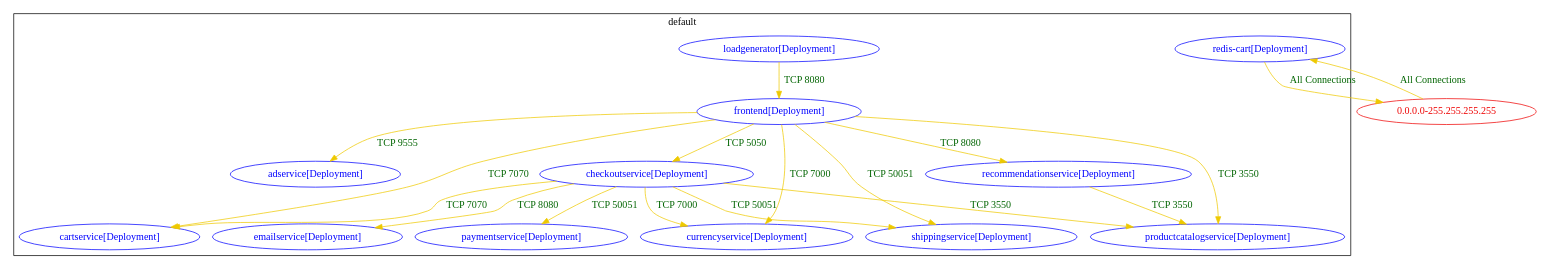
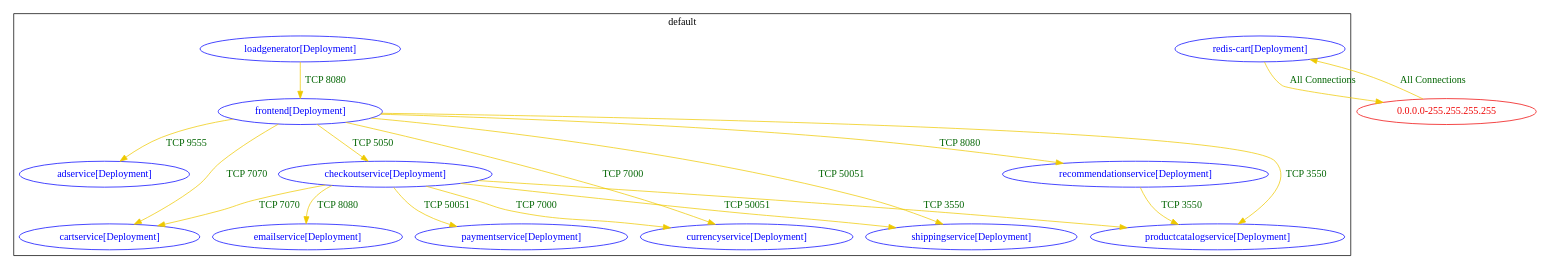
Before and after one commit to np-guard/netpol-analyzer: the diagram in test_outputs/connlist/onlineboutique_workloads_connlist_output.dot, drawn with Graphviz. The commit also changed 123 other files, not shown here.

```diff
--- a/test_outputs/connlist/onlineboutique_workloads_connlist_output.dot
+++ b/test_outputs/connlist/onlineboutique_workloads_connlist_output.dot
@@ -1,37 +1,37 @@
 digraph {
 	subgraph "cluster_default" {
 		color="black"
 		fontcolor="black"
 		"default/adservice[Deployment]" [label="adservice[Deployment]" color="blue" fontcolor="blue"]
 		"default/cartservice[Deployment]" [label="cartservice[Deployment]" color="blue" fontcolor="blue"]
 		"default/checkoutservice[Deployment]" [label="checkoutservice[Deployment]" color="blue" fontcolor="blue"]
 		"default/currencyservice[Deployment]" [label="currencyservice[Deployment]" color="blue" fontcolor="blue"]
 		"default/emailservice[Deployment]" [label="emailservice[Deployment]" color="blue" fontcolor="blue"]
 		"default/frontend[Deployment]" [label="frontend[Deployment]" color="blue" fontcolor="blue"]
 		"default/loadgenerator[Deployment]" [label="loadgenerator[Deployment]" color="blue" fontcolor="blue"]
 		"default/paymentservice[Deployment]" [label="paymentservice[Deployment]" color="blue" fontcolor="blue"]
 		"default/productcatalogservice[Deployment]" [label="productcatalogservice[Deployment]" color="blue" fontcolor="blue"]
 		"default/recommendationservice[Deployment]" [label="recommendationservice[Deployment]" color="blue" fontcolor="blue"]
 		"default/redis-cart[Deployment]" [label="redis-cart[Deployment]" color="blue" fontcolor="blue"]
 		"default/shippingservice[Deployment]" [label="shippingservice[Deployment]" color="blue" fontcolor="blue"]
 		label="default"
 	}
 	"0.0.0.0-255.255.255.255" [label="0.0.0.0-255.255.255.255" color="red2" fontcolor="red2"]
-	"0.0.0.0-255.255.255.255" -> "default/redis-cart[Deployment]" [label="All Connections" color="gold2" fontcolor="darkgreen"]
-	"default/checkoutservice[Deployment]" -> "default/cartservice[Deployment]" [label="TCP 7070" color="gold2" fontcolor="darkgreen"]
-	"default/checkoutservice[Deployment]" -> "default/currencyservice[Deployment]" [label="TCP 7000" color="gold2" fontcolor="darkgreen"]
-	"default/checkoutservice[Deployment]" -> "default/emailservice[Deployment]" [label="TCP 8080" color="gold2" fontcolor="darkgreen"]
-	"default/checkoutservice[Deployment]" -> "default/paymentservice[Deployment]" [label="TCP 50051" color="gold2" fontcolor="darkgreen"]
-	"default/checkoutservice[Deployment]" -> "default/productcatalogservice[Deployment]" [label="TCP 3550" color="gold2" fontcolor="darkgreen"]
-	"default/checkoutservice[Deployment]" -> "default/shippingservice[Deployment]" [label="TCP 50051" color="gold2" fontcolor="darkgreen"]
-	"default/frontend[Deployment]" -> "default/adservice[Deployment]" [label="TCP 9555" color="gold2" fontcolor="darkgreen"]
-	"default/frontend[Deployment]" -> "default/cartservice[Deployment]" [label="TCP 7070" color="gold2" fontcolor="darkgreen"]
-	"default/frontend[Deployment]" -> "default/checkoutservice[Deployment]" [label="TCP 5050" color="gold2" fontcolor="darkgreen"]
-	"default/frontend[Deployment]" -> "default/currencyservice[Deployment]" [label="TCP 7000" color="gold2" fontcolor="darkgreen"]
-	"default/frontend[Deployment]" -> "default/productcatalogservice[Deployment]" [label="TCP 3550" color="gold2" fontcolor="darkgreen"]
-	"default/frontend[Deployment]" -> "default/recommendationservice[Deployment]" [label="TCP 8080" color="gold2" fontcolor="darkgreen"]
-	"default/frontend[Deployment]" -> "default/shippingservice[Deployment]" [label="TCP 50051" color="gold2" fontcolor="darkgreen"]
-	"default/loadgenerator[Deployment]" -> "default/frontend[Deployment]" [label="TCP 8080" color="gold2" fontcolor="darkgreen"]
-	"default/recommendationservice[Deployment]" -> "default/productcatalogservice[Deployment]" [label="TCP 3550" color="gold2" fontcolor="darkgreen"]
-	"default/redis-cart[Deployment]" -> "0.0.0.0-255.255.255.255" [label="All Connections" color="gold2" fontcolor="darkgreen"]
+	"0.0.0.0-255.255.255.255" -> "default/redis-cart[Deployment]" [label="All Connections" color="gold2" fontcolor="darkgreen" weight=0.5]
+	"default/checkoutservice[Deployment]" -> "default/cartservice[Deployment]" [label="TCP 7070" color="gold2" fontcolor="darkgreen" weight=1]
+	"default/checkoutservice[Deployment]" -> "default/currencyservice[Deployment]" [label="TCP 7000" color="gold2" fontcolor="darkgreen" weight=0.5]
+	"default/checkoutservice[Deployment]" -> "default/emailservice[Deployment]" [label="TCP 8080" color="gold2" fontcolor="darkgreen" weight=0.5]
+	"default/checkoutservice[Deployment]" -> "default/paymentservice[Deployment]" [label="TCP 50051" color="gold2" fontcolor="darkgreen" weight=0.5]
+	"default/checkoutservice[Deployment]" -> "default/productcatalogservice[Deployment]" [label="TCP 3550" color="gold2" fontcolor="darkgreen" weight=0.5]
+	"default/checkoutservice[Deployment]" -> "default/shippingservice[Deployment]" [label="TCP 50051" color="gold2" fontcolor="darkgreen" weight=0.5]
+	"default/frontend[Deployment]" -> "default/adservice[Deployment]" [label="TCP 9555" color="gold2" fontcolor="darkgreen" weight=1]
+	"default/frontend[Deployment]" -> "default/cartservice[Deployment]" [label="TCP 7070" color="gold2" fontcolor="darkgreen" weight=1]
+	"default/frontend[Deployment]" -> "default/checkoutservice[Deployment]" [label="TCP 5050" color="gold2" fontcolor="darkgreen" weight=1]
+	"default/frontend[Deployment]" -> "default/currencyservice[Deployment]" [label="TCP 7000" color="gold2" fontcolor="darkgreen" weight=1]
+	"default/frontend[Deployment]" -> "default/productcatalogservice[Deployment]" [label="TCP 3550" color="gold2" fontcolor="darkgreen" weight=0.5]
+	"default/frontend[Deployment]" -> "default/recommendationservice[Deployment]" [label="TCP 8080" color="gold2" fontcolor="darkgreen" weight=0.5]
+	"default/frontend[Deployment]" -> "default/shippingservice[Deployment]" [label="TCP 50051" color="gold2" fontcolor="darkgreen" weight=0.5]
+	"default/loadgenerator[Deployment]" -> "default/frontend[Deployment]" [label="TCP 8080" color="gold2" fontcolor="darkgreen" weight=1]
+	"default/recommendationservice[Deployment]" -> "default/productcatalogservice[Deployment]" [label="TCP 3550" color="gold2" fontcolor="darkgreen" weight=1]
+	"default/redis-cart[Deployment]" -> "0.0.0.0-255.255.255.255" [label="All Connections" color="gold2" fontcolor="darkgreen" weight=1]
 }
```
